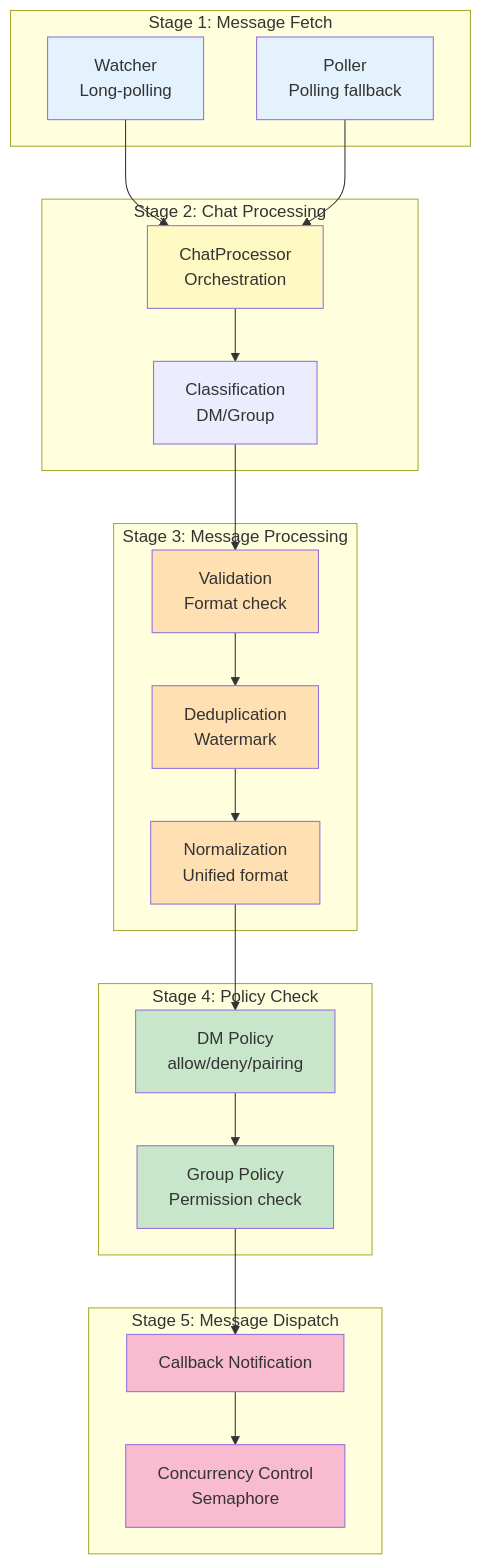
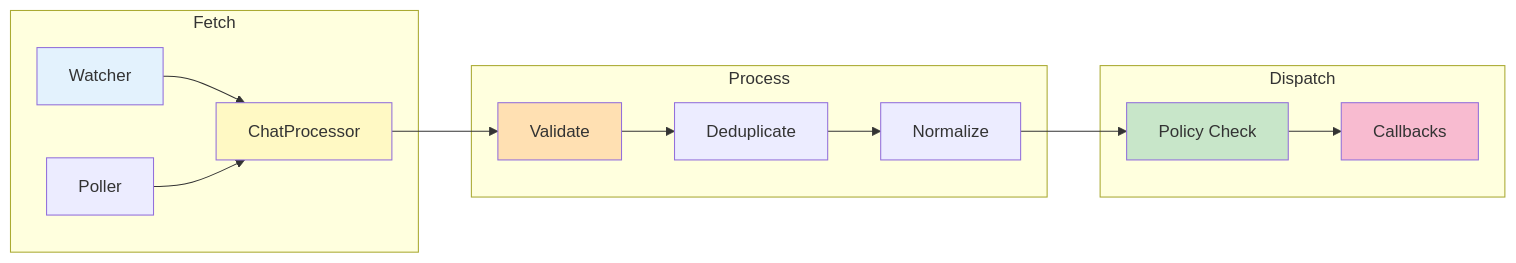
Before and after one commit to clawparty-ai/openclaw-channel-plugin-ztm: the eighth of 10 diagrams in docs/architecture.md, drawn with Mermaid. The commit also changed other lines of this file and 6 other files, not shown here.

First line of the commit message:
docs: optimize and reorganize architecture documentation

````diff
--- a/docs/architecture.md
+++ b/docs/architecture.md
@@ -822,50 +587,24 @@
 ```mermaid
-graph TB
-    subgraph "Stage 1: Message Fetch"
-        A1[Watcher<br/>Long-polling]
-        A2[Poller<br/>Polling fallback]
+graph LR
+    subgraph "Fetch"
+        A1[Watcher] --> B1[ChatProcessor]
+        A2[Poller] --> B1
     end
 
-    subgraph "Stage 2: Chat Processing"
-        B1[ChatProcessor<br/>Orchestration]
-        B2[Classification<br/>DM/Group]
+    subgraph "Process"
+        B1 --> C1[Validate]
+        C1 --> C2[Deduplicate]
+        C2 --> C3[Normalize]
     end
 
-    subgraph "Stage 3: Message Processing"
-        C1[Validation<br/>Format check]
-        C2[Deduplication<br/>Watermark]
-        C3[Normalization<br/>Unified format]
+    subgraph "Dispatch"
+        C3 --> D1[Policy Check]
+        D1 --> E1[Callbacks]
     end
 
-    subgraph "Stage 4: Policy Check"
-        D1[DM Policy<br/>allow/deny/pairing]
-        D2[Group Policy<br/>Permission check]
-    end
-
-    subgraph "Stage 5: Message Dispatch"
-        E1[Callback Notification]
-        E2[Concurrency Control<br/>Semaphore]
-    end
-
-    A1 --> B1
-    A2 --> B1
-    B1 --> B2
-    B2 --> C1
-    C1 --> C2
-    C2 --> C3
-    C3 --> D1
-    D1 --> D2
-    D2 --> E1
-    E1 --> E2
-
     style A1 fill:#e3f2fd
-    style A2 fill:#e3f2fd
     style B1 fill:#fff9c4
     style C1 fill:#ffe0b2
-    style C2 fill:#ffe0b2
-    style C3 fill:#ffe0b2
     style D1 fill:#c8e6c9
-    style D2 fill:#c8e6c9
     style E1 fill:#f8bbd0
-    style E2 fill:#f8bbd0
 ```
````
